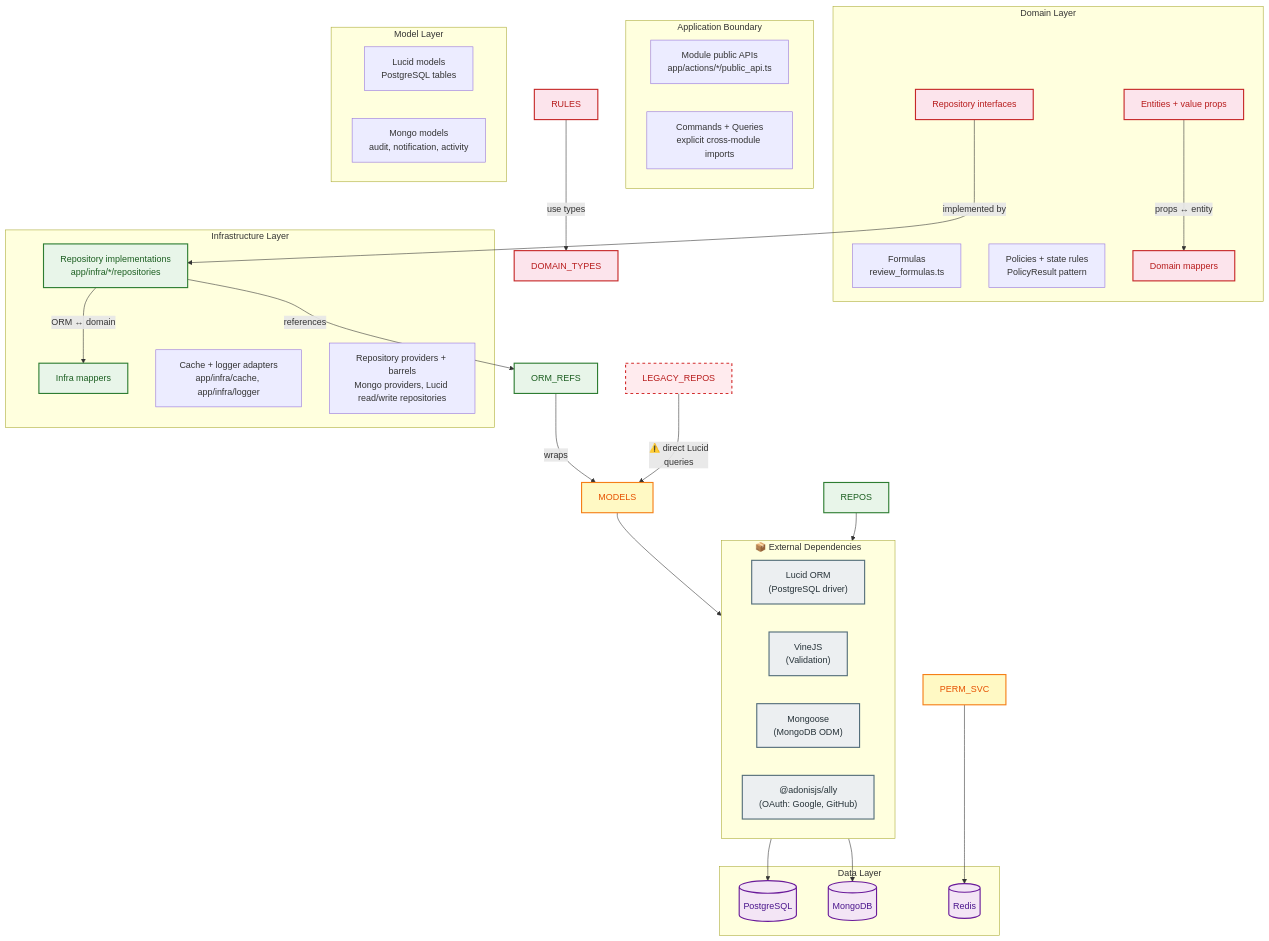
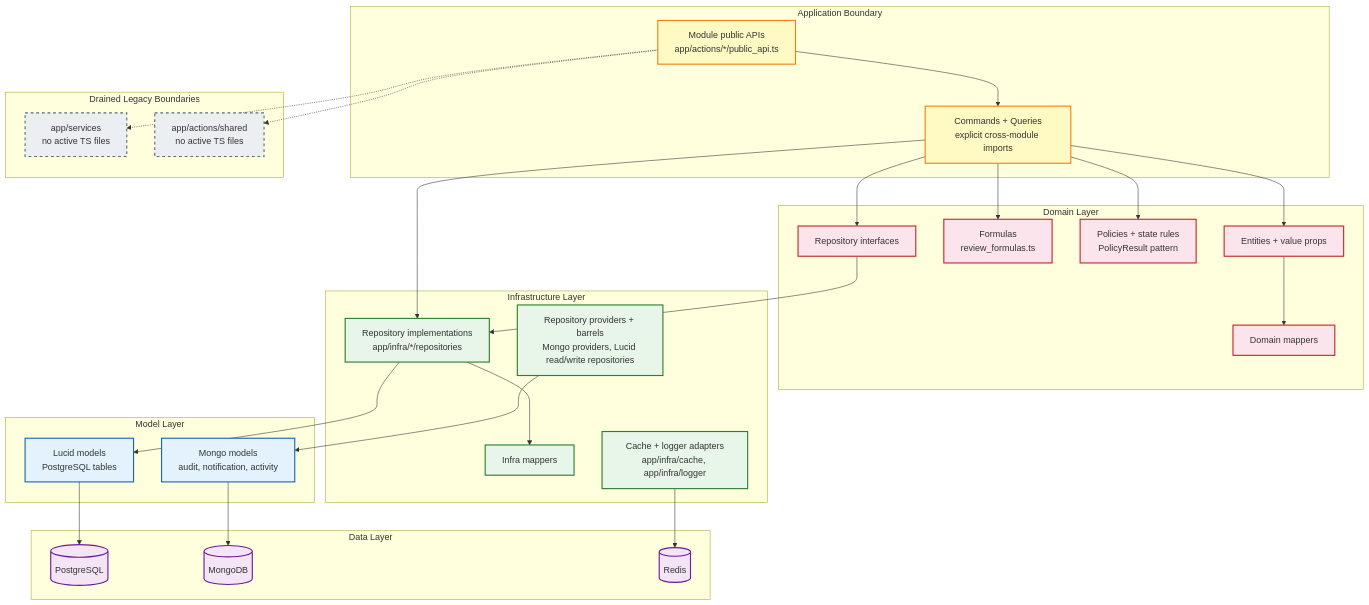
One commit to DuyetTN3112/Suar changed the diagram in diagram/Package/pkg_04_domain_infra.mmd. Above: the diagram before and after it, drawn with Mermaid. The commit also changed 30 other files, not shown here.

First line of the commit message:
refactor(ui): update pkg 04 domain infra and pkg 05 crosscutting

```diff
--- a/diagram/Package/pkg_04_domain_infra.mmd
+++ b/diagram/Package/pkg_04_domain_infra.mmd
@@ -1,77 +1,73 @@
 %% Package Diagram: Suar Platform - Domain & Infrastructure Layers
 %% Updated 2026-05-12.
 %% Domain remains framework-free; infra owns persistence access.
 
 graph TD
     subgraph app_boundary["Application Boundary"]
         PUBLIC_API["Module public APIs\napp/actions/*/public_api.ts"]
         ACTIONS["Commands + Queries\nexplicit cross-module imports"]
     end
 
     subgraph domain["Domain Layer"]
         ENTITIES["Entities + value props"]
         FORMULAS["Formulas\nreview_formulas.ts"]
         POLICIES["Policies + state rules\nPolicyResult pattern"]
         REPO_IFACE["Repository interfaces"]
         DOMAIN_MAPPER["Domain mappers"]
     end
 
     subgraph infra["Infrastructure Layer"]
         REPO_IMPL["Repository implementations\napp/infra/*/repositories"]
         INFRA_MAPPER["Infra mappers"]
         CACHE_LOGGER["Cache + logger adapters\napp/infra/cache, app/infra/logger"]
         REPO_PROVIDERS["Repository providers + barrels\nMongo providers, Lucid read/write repositories"]
     end
 
     subgraph models["Model Layer"]
         LUCID_MODELS["Lucid models\nPostgreSQL tables"]
         MONGO_MODELS["Mongo models\naudit, notification, activity"]
     end
 
     subgraph data["Data Layer"]
         PG[("PostgreSQL")]
         MONGO[("MongoDB")]
         REDIS[("Redis")]
     end
 
-    subgraph external["📦 External Dependencies"]
-        direction LR
-        LUCID["Lucid ORM\n(PostgreSQL driver)"]
-        VINE["VineJS\n(Validation)"]
-        MONGOOSE["Mongoose\n(MongoDB ODM)"]
-        ALLY["@adonisjs/ally\n(OAuth: Google, GitHub)"]
+    subgraph drained["Drained Legacy Boundaries"]
+        SERVICES["app/services\nno active TS files"]
+        SHARED["app/actions/shared\nno active TS files"]
     end
 
-    %% Domain → Infrastructure (interface → implementation)
-    REPO_IFACE -->|"implemented by"| REPO_IMPL
-    REPO_IMPL -->|"ORM ↔ domain"| INFRA_MAPPER
-    REPO_IMPL -->|"references"| ORM_REFS
-    ORM_REFS -->|"wraps"| MODELS
-    RULES -->|"use types"| DOMAIN_TYPES
+    PUBLIC_API --> ACTIONS
+    ACTIONS --> ENTITIES
+    ACTIONS --> FORMULAS
+    ACTIONS --> POLICIES
+    ACTIONS --> REPO_IFACE
+    ACTIONS --> REPO_IMPL
 
-    %% Mapper flow: Write: Request DTO → Domain Entity → ORM Entity
-    %% Read: ORM Entity → Domain Entity → Response DTO
-    ENTITIES -->|"props ↔ entity"| DOMAIN_MAPPER
+    ENTITIES --> DOMAIN_MAPPER
+    REPO_IFACE --> REPO_IMPL
+    REPO_IMPL --> INFRA_MAPPER
+    REPO_IMPL --> LUCID_MODELS
+    REPO_PROVIDERS --> MONGO_MODELS
+    CACHE_LOGGER --> REDIS
 
-    %% Legacy repos still in use
-    LEGACY_REPOS -->|"⚠️ direct Lucid\nqueries"| MODELS
+    LUCID_MODELS --> PG
+    MONGO_MODELS --> MONGO
 
-    %% Models → Data
-    MODELS --> LUCID --> PG
-    REPOS --> MONGOOSE --> MONGO
-    PERM_SVC --> REDIS
+    PUBLIC_API -.-> SERVICES
+    PUBLIC_API -.-> SHARED
 
-    classDef extStyle fill:#ECEFF1,stroke:#546E7A,stroke-width:2px,color:#263238
-    classDef domStyle fill:#FCE4EC,stroke:#C62828,stroke-width:2px,color:#B71C1C
-    classDef appSvcStyle fill:#FFF9C4,stroke:#F57F17,stroke-width:2px,color:#E65100
-    classDef infraStyle fill:#E8F5E9,stroke:#2E7D32,stroke-width:2px,color:#1B5E20
-    classDef legacyStyle fill:#FFEBEE,stroke:#D32F2F,stroke-width:2px,color:#B71C1C,stroke-dasharray: 5 5
-    classDef modelStyle fill:#FFF9C4,stroke:#F57F17,stroke-width:2px,color:#E65100
-    classDef dataStyle fill:#F3E5F5,stroke:#6A1B9A,stroke-width:2px,color:#4A148C
-    class LUCID,VINE,MONGOOSE,ALLY extStyle
-    class ENTITIES,REPO_IFACE,DOMAIN_MAPPER,RULES,DOMAIN_TYPES domStyle
-    class PERM_SVC,VALIDATORS appSvcStyle
-    class ORM_REFS,REPO_IMPL,INFRA_MAPPER,REPOS infraStyle
-    class LEGACY_REPOS legacyStyle
-    class MODELS modelStyle
+    classDef appStyle fill:#FFF9C4,stroke:#F57F17,stroke-width:2px,color:#333
+    classDef domStyle fill:#FCE4EC,stroke:#C62828,stroke-width:2px,color:#333
+    classDef infraStyle fill:#E8F5E9,stroke:#2E7D32,stroke-width:2px,color:#333
+    classDef modelStyle fill:#E3F2FD,stroke:#1565C0,stroke-width:2px,color:#333
+    classDef dataStyle fill:#F3E5F5,stroke:#6A1B9A,stroke-width:2px,color:#333
+    classDef drainedStyle fill:#ECEFF1,stroke:#546E7A,stroke-width:2px,color:#333,stroke-dasharray: 5 5
+    class PUBLIC_API,ACTIONS appStyle
+    class ENTITIES,FORMULAS,POLICIES,REPO_IFACE,DOMAIN_MAPPER domStyle
+    class REPO_IMPL,INFRA_MAPPER,CACHE_LOGGER,REPO_PROVIDERS infraStyle
+    class LUCID_MODELS,MONGO_MODELS modelStyle
     class PG,MONGO,REDIS dataStyle
+    class SERVICES,SHARED drainedStyle
```
